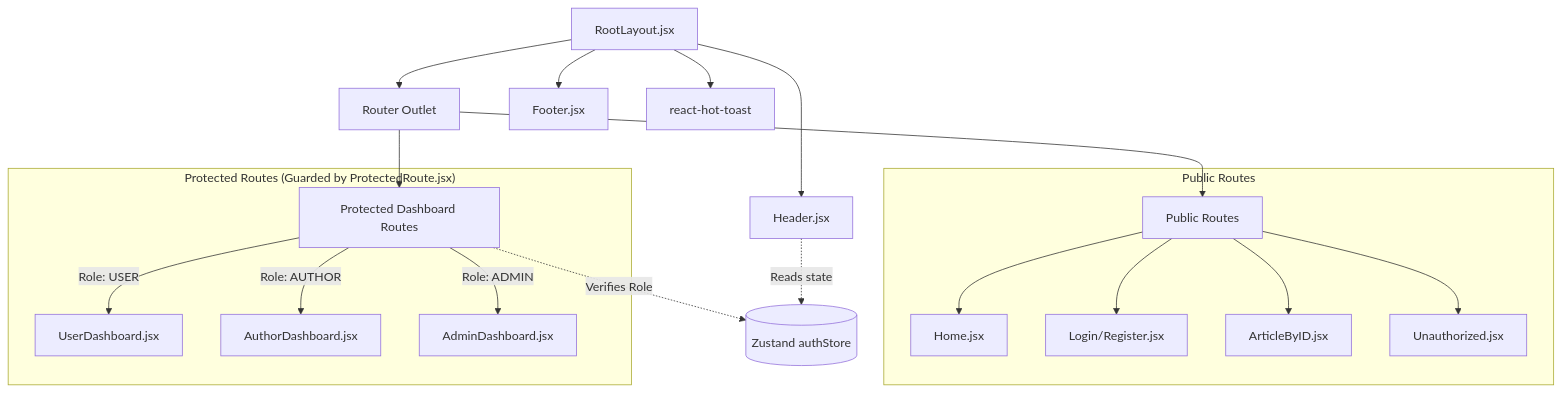
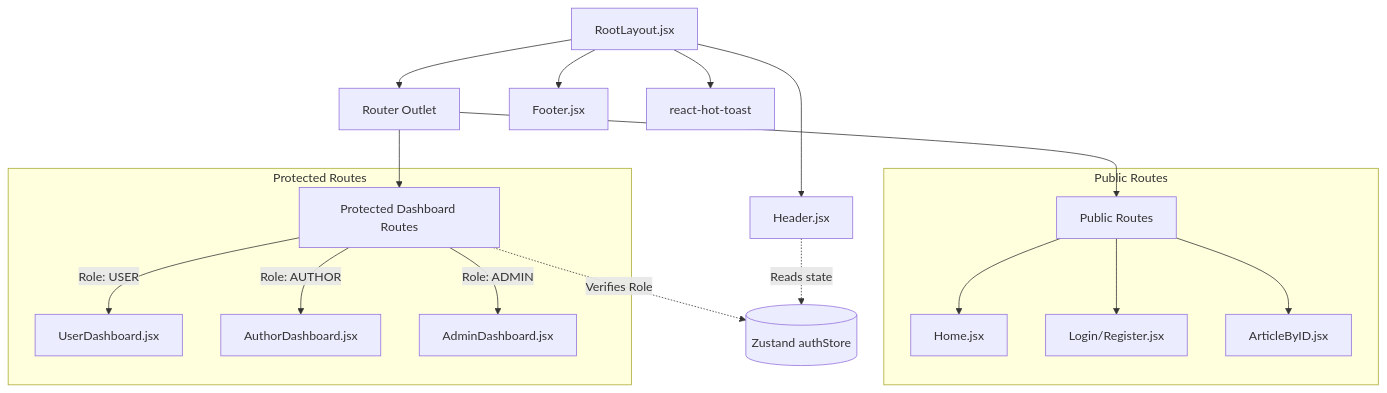
Before and after one commit to Akhila-1703/blog-app: the diagram in frontend/README.md, drawn with Mermaid. The commit also changed other lines of this file and 2 other files, not shown here.

Commit message:
docs: deduplicate diagrams and add folder-specific installation steps

````diff
--- a/frontend/README.md
+++ b/frontend/README.md
@@ -22,26 +22,25 @@
 ```mermaid
 graph TD
     Root[RootLayout.jsx] --> Header[Header.jsx]
     Root --> Outlet[Router Outlet]
     Root --> Footer[Footer.jsx]
     Root --> Toaster[react-hot-toast]
 
     Outlet --> Public["Public Routes"]
     Outlet --> Protected["Protected Dashboard Routes"]
 
     subgraph PublicRoutes ["Public Routes"]
         Public --> Home[Home.jsx]
         Public --> Auth["Login/Register.jsx"]
         Public --> Article[ArticleByID.jsx]
-        Public --> Unauth[Unauthorized.jsx]
     end
 
-    subgraph ProtectedRoutes ["Protected Routes (Guarded by ProtectedRoute.jsx)"]
+    subgraph ProtectedRoutes ["Protected Routes"]
         Protected -->|"Role: USER"| UserDash[UserDashboard.jsx]
         Protected -->|"Role: AUTHOR"| AuthorDash[AuthorDashboard.jsx]
         Protected -->|"Role: ADMIN"| AdminDash[AdminDashboard.jsx]
     end
 
     Header -.->|"Reads state"| Zustand[("Zustand authStore")]
     Protected -.->|"Verifies Role"| Zustand
 ```
````
